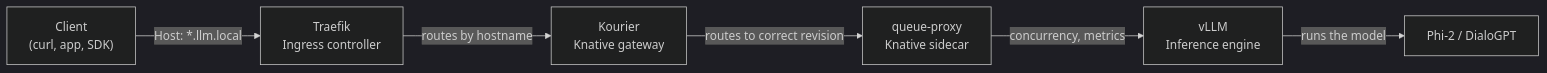
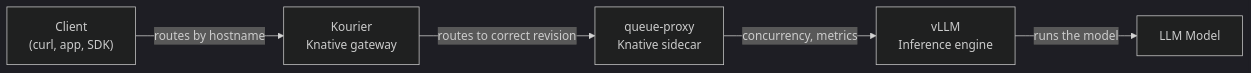
The diagram in docs/index.md (Dericko681/local-model-deployment), drawn with Mermaid (dark theme) before and after one commit. The commit also changed other lines of this file and 7 other files, not shown here.

````diff
--- a/docs/index.md
+++ b/docs/index.md
@@ -25,14 +23,12 @@
 ```mermaid
 flowchart LR
     C["Client<br/>(curl, app, SDK)"]
-    T["Traefik<br/>Ingress controller"]
     K["Kourier<br/>Knative gateway"]
     QP["queue-proxy<br/>Knative sidecar"]
     V["vLLM<br/>Inference engine"]
 
-    C -->|"Host: *.llm.local"| T
-    T -->|"routes by hostname"| K
+    C -->|"routes by hostname"| K
     K -->|"routes to correct revision"| QP
     QP -->|"concurrency, metrics"| V
-    V -->|"runs the model"| M["Phi-2 / DialoGPT"]
+    V -->|"runs the model"| M["LLM Model"]
 ```
````
